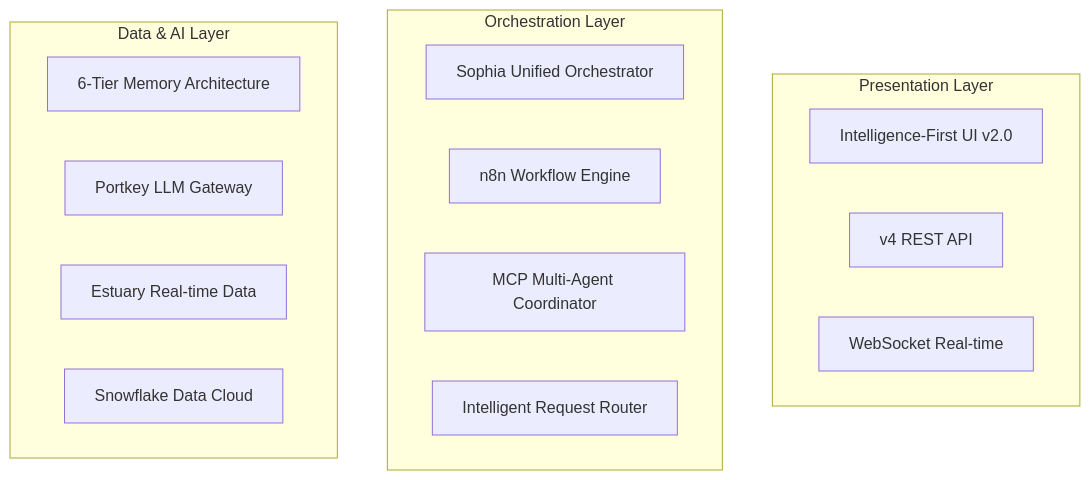
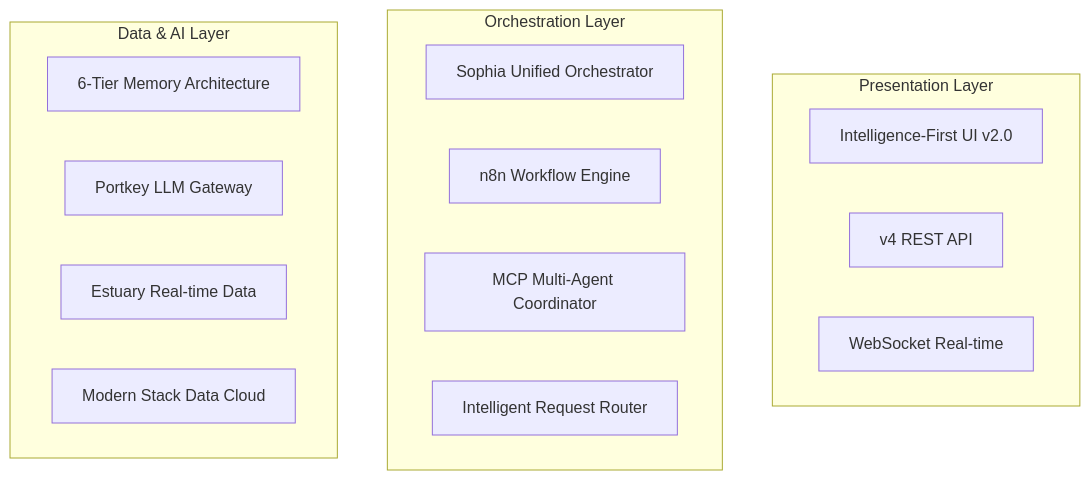
One commit to ai-cherry/sophia-strategic-development changed the diagram in docs/system_handbook/00_SOPHIA_AI_SYSTEM_HANDBOOK.md. Above: the diagram before and after it, drawn with Mermaid. The commit also changed other lines of this file and 646 other files, not shown here.

````diff
--- a/docs/system_handbook/00_SOPHIA_AI_SYSTEM_HANDBOOK.md
+++ b/docs/system_handbook/00_SOPHIA_AI_SYSTEM_HANDBOOK.md
@@ -53,22 +53,22 @@
 ```mermaid
 graph TB
     subgraph "Presentation Layer"
         UI[Intelligence-First UI v2.0]
         API[v4 REST API]
         WS[WebSocket Real-time]
     end
     
     subgraph "Orchestration Layer"
         ORC[Sophia Unified Orchestrator]
         N8N[n8n Workflow Engine]
         MCP[MCP Multi-Agent Coordinator]
         ROUTE[Intelligent Request Router]
     end
     
     subgraph "Data & AI Layer"
         MEM[6-Tier Memory Architecture]
         PORT[Portkey LLM Gateway]
         EST[Estuary Real-time Data]
-        SNOW[Snowflake Data Cloud]
+        SNOW[Modern Stack Data Cloud]
     end
 ```
````
